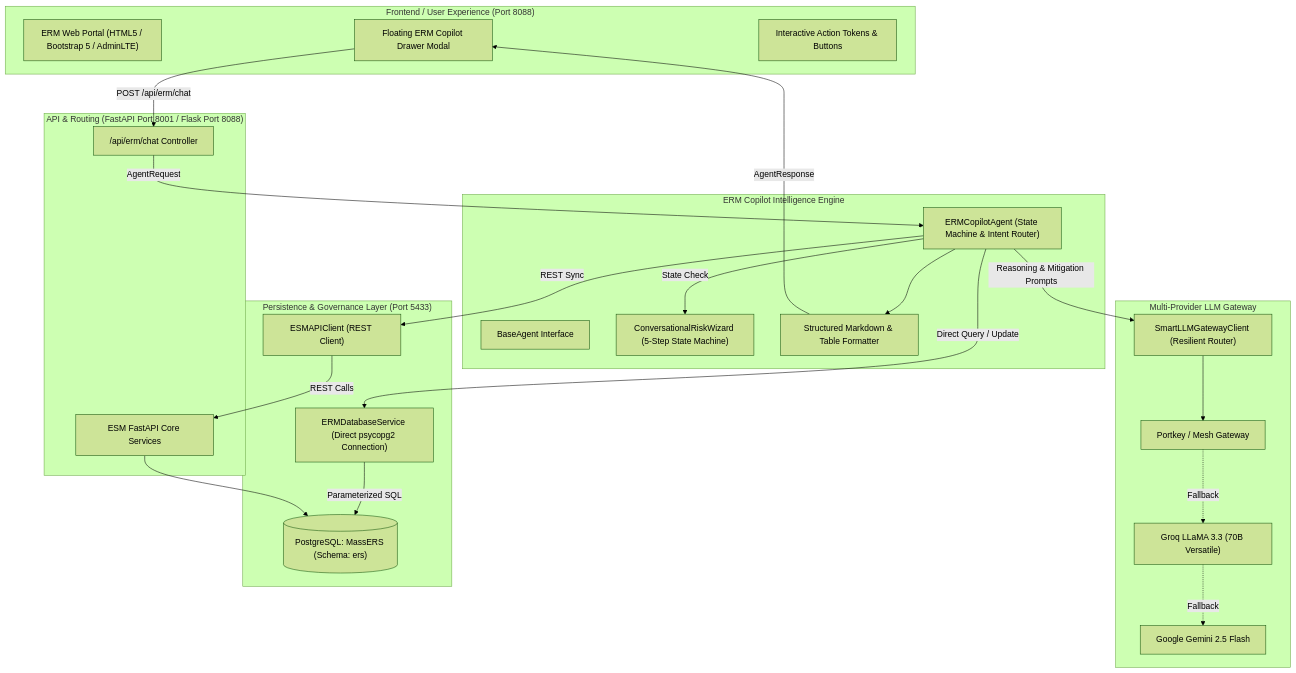
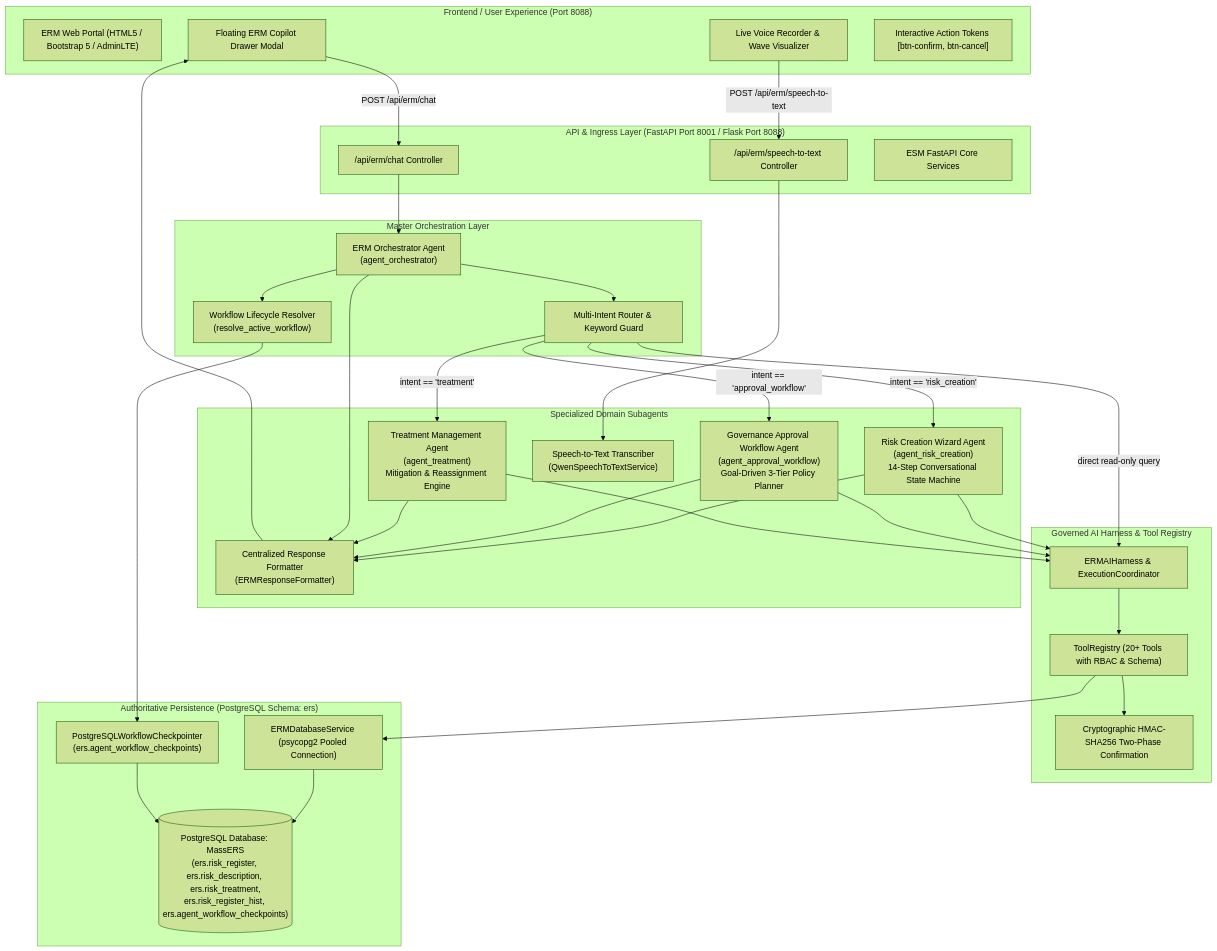
The diagram in ERM_Copilot/docs/01_ARCHITECTURE_OVERVIEW.md (jasminbabariya22-eng/Enterprise-Risk-Management-System), drawn with Mermaid (forest theme) before and after one commit. The commit also changed other lines of this file and 21 other files, not shown here.

First line of the commit message:
feat(gate): complete final readiness gate, playwright e2e suite, and multi-agent documentation

````diff
--- a/ERM_Copilot/docs/01_ARCHITECTURE_OVERVIEW.md
+++ b/ERM_Copilot/docs/01_ARCHITECTURE_OVERVIEW.md
@@ -11,48 +15,71 @@
 ```mermaid
 flowchart TB
     subgraph UI_Layer ["Frontend / User Experience (Port 8088)"]
         UI_Web["ERM Web Portal (HTML5 / Bootstrap 5 / AdminLTE)"]
         UI_Widget["Floating ERM Copilot Drawer Modal"]
-        UI_Buttons["Interactive Action Tokens & Buttons"]
+        UI_Audio["Live Voice Recorder & Wave Visualizer"]
+        UI_Buttons["Interactive Action Tokens [btn-confirm, btn-cancel]"]
     end
 
-    subgraph API_Layer ["API & Routing (FastAPI Port 8001 / Flask Port 8088)"]
-        Web_Router["/api/erm/chat Controller"]
+    subgraph API_Layer ["API & Ingress Layer (FastAPI Port 8001 / Flask Port 8088)"]
+        Chat_Endpoint["/api/erm/chat Controller"]
+        STT_Endpoint["/api/erm/speech-to-text Controller"]
         FastAPI_Core["ESM FastAPI Core Services"]
     end
 
-    subgraph Agent_Layer ["ERM Copilot Intelligence Engine"]
-        BaseAgent["BaseAgent Interface"]
-        ERMCopilotAgent["ERMCopilotAgent (State Machine & Intent Router)"]
-        RiskWizard["ConversationalRiskWizard (5-Step State Machine)"]
-        OutputFormatter["Structured Markdown & Table Formatter"]
+    subgraph Master_Orchestration ["Master Orchestration Layer"]
+        MasterOrch["ERM Orchestrator Agent\n(agent_orchestrator)"]
+        WorkflowResolver["Workflow Lifecycle Resolver\n(resolve_active_workflow)"]
+        IntentRouter["Multi-Intent Router & Keyword Guard"]
     end
 
-    subgraph Gateway_Layer ["Multi-Provider LLM Gateway"]
-        LLM_Router["SmartLLMGatewayClient (Resilient Router)"]
-        Portkey_GW["Portkey / Mesh Gateway"]
-        Groq_LLM["Groq LLaMA 3.3 (70B Versatile)"]
-        Gemini_LLM["Google Gemini 2.5 Flash"]
+    subgraph Specialized_Agents ["Specialized Domain Subagents"]
+        RiskAgent["Risk Creation Wizard Agent\n(agent_risk_creation)\n14-Step Conversational State Machine"]
+        ApprovalAgent["Governance Approval Workflow Agent\n(agent_approval_workflow)\nGoal-Driven 3-Tier Policy Planner"]
+        TreatmentAgent["Treatment Management Agent\n(agent_treatment)\nMitigation & Reassignment Engine"]
+        STTAgent["Speech-to-Text Transcriber\n(QwenSpeechToTextService)"]
+        FormatterAgent["Centralized Response Formatter\n(ERMResponseFormatter)"]
     end
 
-    subgraph Data_Layer ["Persistence & Governance Layer (Port 5433)"]
-        DB_Service["ERMDatabaseService (Direct psycopg2 Connection)"]
-        API_Client["ESMAPIClient (REST Client)"]
-        PG_DB[("PostgreSQL: MassERS (Schema: ers)")]
+    subgraph Governance_Harness ["Governed AI Harness & Tool Registry"]
+        AI_Harness["ERMAIHarness & ExecutionCoordinator"]
+        ToolRegistry["ToolRegistry (20+ Tools with RBAC & Schema)"]
+        HMAC_Sec["Cryptographic HMAC-SHA256 Two-Phase Confirmation"]
     end
 
-    UI_Widget -->|POST /api/erm/chat| Web_Router
-    Web_Router -->|AgentRequest| ERMCopilotAgent
-    ERMCopilotAgent -->|State Check| RiskWizard
-    ERMCopilotAgent -->|Direct Query / Update| DB_Service
-    ERMCopilotAgent -->|REST Sync| API_Client
-    ERMCopilotAgent -->|Reasoning & Mitigation Prompts| LLM_Router
-    LLM_Router --> Portkey_GW
-    Portkey_GW -.->|Fallback| Groq_LLM
-    Groq_LLM -.->|Fallback| Gemini_LLM
-    DB_Service -->|Parameterized SQL| PG_DB
-    API_Client -->|REST Calls| FastAPI_Core
-    FastAPI_Core --> PG_DB
-    ERMCopilotAgent --> OutputFormatter
-    OutputFormatter -->|AgentResponse| UI_Widget
+    subgraph Persistence_Layer ["Authoritative Persistence (PostgreSQL Schema: ers)"]
+        Checkpointer["PostgreSQLWorkflowCheckpointer\n(ers.agent_workflow_checkpoints)"]
+        DB_Service["ERMDatabaseService (psycopg2 Pooled Connection)"]
+        PG_Tables[("PostgreSQL Database: MassERS\n(ers.risk_register, ers.risk_description, ers.risk_treatment,\ners.risk_register_hist, ers.agent_workflow_checkpoints)")]
+    end
+
+    UI_Widget -->|POST /api/erm/chat| Chat_Endpoint
+    UI_Audio -->|POST /api/erm/speech-to-text| STT_Endpoint
+    STT_Endpoint --> STTAgent
+    Chat_Endpoint --> MasterOrch
+
+    MasterOrch --> WorkflowResolver
+    WorkflowResolver --> Checkpointer
+    MasterOrch --> IntentRouter
+
+    IntentRouter -->|intent == 'risk_creation'| RiskAgent
+    IntentRouter -->|intent == 'approval_workflow'| ApprovalAgent
+    IntentRouter -->|intent == 'treatment'| TreatmentAgent
+    IntentRouter -->|direct read-only query| AI_Harness
+
+    RiskAgent --> AI_Harness
+    ApprovalAgent --> AI_Harness
+    TreatmentAgent --> AI_Harness
+
+    AI_Harness --> ToolRegistry
+    ToolRegistry --> HMAC_Sec
+    ToolRegistry --> DB_Service
+    DB_Service --> PG_Tables
+    Checkpointer --> PG_Tables
+
+    RiskAgent --> FormatterAgent
+    ApprovalAgent --> FormatterAgent
+    TreatmentAgent --> FormatterAgent
+    MasterOrch --> FormatterAgent
+    FormatterAgent --> UI_Widget
 ```
````
